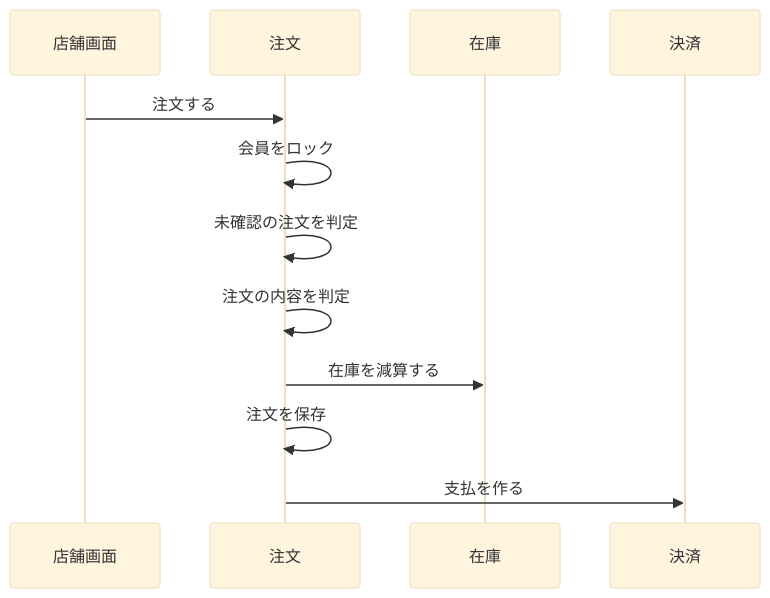
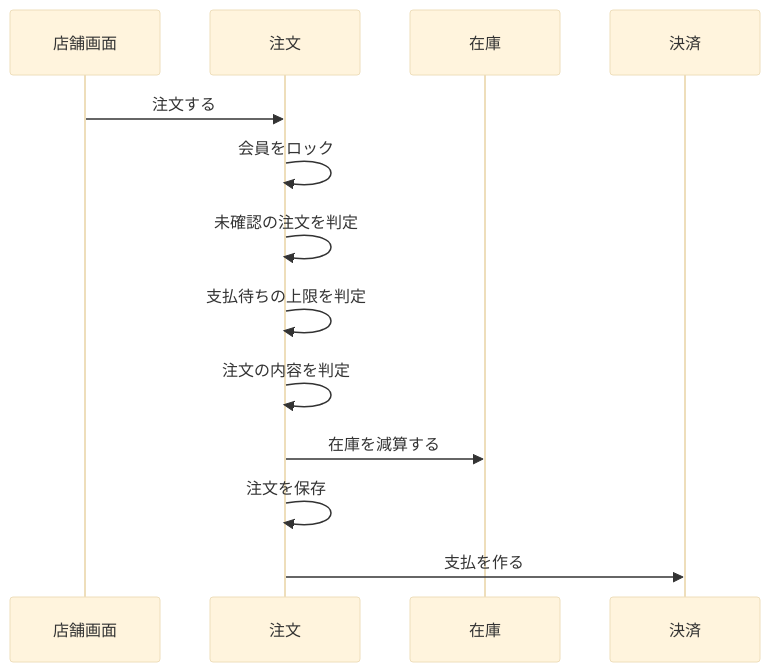
Before and after one commit to roger88106/ec-site: the second of 4 diagrams in docs/02-設計/order.md, drawn with Mermaid (base theme). The commit also changed other lines of this file and 4 other files, not shown here.

````diff
--- a/docs/02-設計/order.md
+++ b/docs/02-設計/order.md
@@ -63,14 +69,15 @@
 ```mermaid
 sequenceDiagram
     participant U as 店舗画面
     participant O as 注文
     participant I as 在庫
     participant P as 決済
     U->>O: 注文する
     O->>O: 会員をロック
     O->>O: 未確認の注文を判定
+    O->>O: 支払待ちの上限を判定
     O->>O: 注文の内容を判定
     O->>I: 在庫を減算する
     O->>O: 注文を保存
     O->>P: 支払を作る
 ```
````
